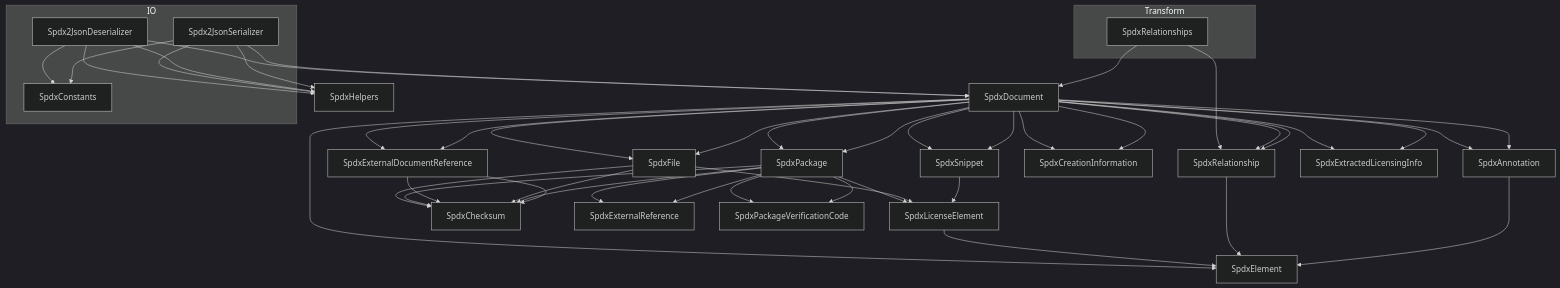
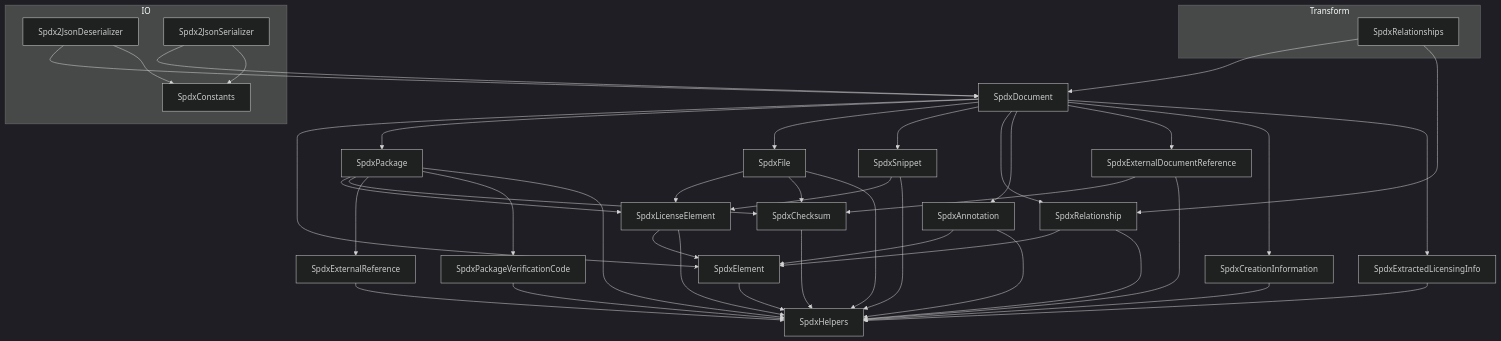
One commit to demaconsulting/SpdxModel changed the first of 2 diagrams in docs/design/spdx-model.md. Above: the diagram before and after it, drawn with Mermaid (dark theme). The commit also changed other lines of this file and 99 other files, not shown here.

````diff
--- a/docs/design/spdx-model.md
+++ b/docs/design/spdx-model.md
@@ -9,71 +11,58 @@
 ```mermaid
 flowchart TD
     subgraph IO
         Spdx2JsonDeserializer
         Spdx2JsonSerializer
         SpdxConstants
     end
     subgraph Transform
         SpdxRelationships
     end
     SpdxDocument
     SpdxElement
     SpdxLicenseElement
     SpdxPackage
     SpdxFile
     SpdxSnippet
     SpdxRelationship
     SpdxAnnotation
     SpdxChecksum
     SpdxCreationInformation
     SpdxExternalDocumentReference
     SpdxExternalReference
     SpdxExtractedLicensingInfo
     SpdxPackageVerificationCode
     SpdxHelpers
 
     SpdxDocument --> SpdxElement
     SpdxLicenseElement --> SpdxElement
     SpdxPackage --> SpdxLicenseElement
     SpdxFile --> SpdxLicenseElement
     SpdxSnippet --> SpdxLicenseElement
     SpdxRelationship --> SpdxElement
     SpdxAnnotation --> SpdxElement
 
     Spdx2JsonDeserializer --> SpdxDocument
     Spdx2JsonDeserializer --> SpdxConstants
     Spdx2JsonSerializer --> SpdxDocument
     Spdx2JsonSerializer --> SpdxConstants
     SpdxRelationships --> SpdxDocument
     SpdxRelationships --> SpdxRelationship
     SpdxDocument --> SpdxPackage
     SpdxDocument --> SpdxFile
     SpdxDocument --> SpdxSnippet
     SpdxDocument --> SpdxRelationship
     SpdxDocument --> SpdxAnnotation
     SpdxDocument --> SpdxExternalDocumentReference
     SpdxDocument --> SpdxCreationInformation
     SpdxDocument --> SpdxExtractedLicensingInfo
     SpdxFile --> SpdxChecksum
     SpdxPackage --> SpdxChecksum
     SpdxPackage --> SpdxExternalReference
     SpdxPackage --> SpdxPackageVerificationCode
     SpdxExternalDocumentReference --> SpdxChecksum
-    Spdx2JsonDeserializer --> SpdxHelpers
-    Spdx2JsonSerializer --> SpdxHelpers
-    SpdxDocument --> SpdxPackage
-    SpdxDocument --> SpdxFile
-    SpdxDocument --> SpdxSnippet
-    SpdxDocument --> SpdxRelationship
-    SpdxDocument --> SpdxAnnotation
-    SpdxDocument --> SpdxExternalDocumentReference
-    SpdxDocument --> SpdxCreationInformation
-    SpdxDocument --> SpdxExtractedLicensingInfo
-    SpdxFile --> SpdxChecksum
-    SpdxPackage --> SpdxChecksum
-    SpdxPackage --> SpdxExternalReference
-    SpdxPackage --> SpdxPackageVerificationCode
-    SpdxExternalDocumentReference --> SpdxChecksum
-    Spdx2JsonDeserializer --> SpdxHelpers
-    Spdx2JsonSerializer --> SpdxHelpers
+    SpdxElement & SpdxLicenseElement & SpdxPackage & SpdxFile & SpdxSnippet --> SpdxHelpers
+    SpdxRelationship & SpdxAnnotation & SpdxChecksum & SpdxCreationInformation --> SpdxHelpers
+    SpdxExternalDocumentReference & SpdxExternalReference --> SpdxHelpers
+    SpdxExtractedLicensingInfo & SpdxPackageVerificationCode --> SpdxHelpers
 ```
````
